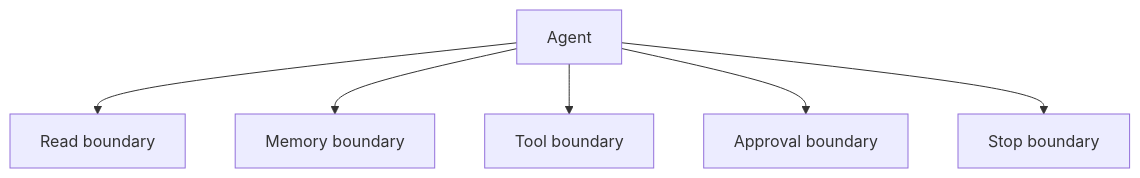
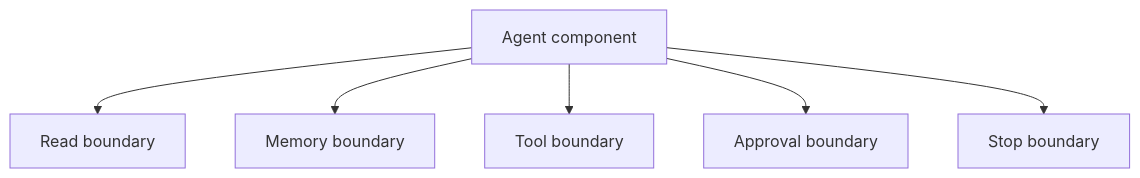
The third of 14 diagrams in book/chapters/chapter-04-ensuring-safe-and-responsible-agentic-ai.md (naren-allam/agents-beginners), drawn with Mermaid before and after one commit. The commit also changed other lines of this file and 28 other files, not shown here.

````diff
--- a/book/chapters/chapter-04-ensuring-safe-and-responsible-agentic-ai.md
+++ b/book/chapters/chapter-04-ensuring-safe-and-responsible-agentic-ai.md
@@ -69,15 +76,15 @@
 ```mermaid
 flowchart TD
-    Agent["Agent"]
+    Agent["Agent component"]
     Read["Read boundary"]
     State["Memory boundary"]
     Tools["Tool boundary"]
     Approval["Approval boundary"]
     Stop["Stop boundary"]
 
     Agent --> Read
     Agent --> State
     Agent --> Tools
     Agent --> Approval
     Agent --> Stop
 ```
````
